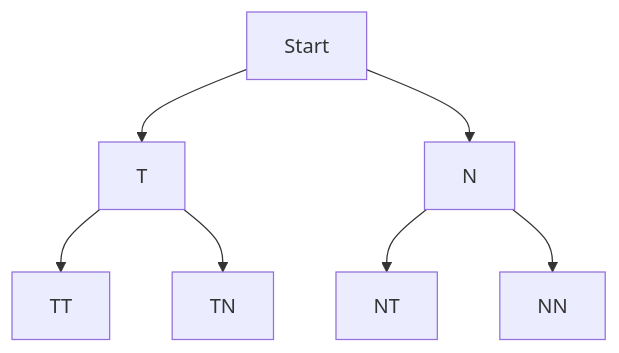
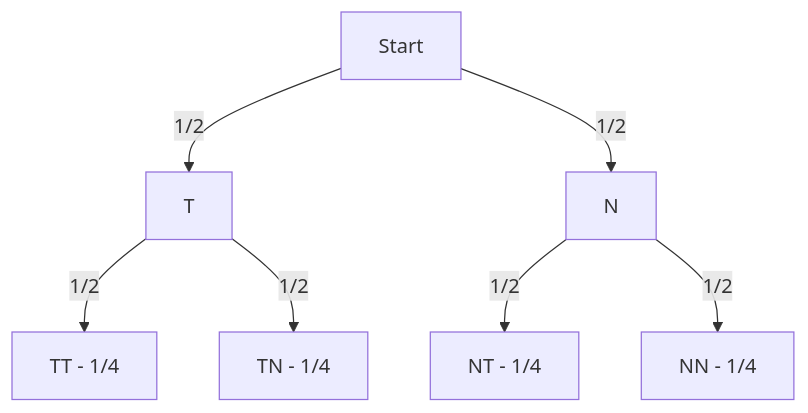
The first of 5 diagrams in 0350-wskt2.qmd (sebastiansauer/start-bayes), drawn with Mermaid before and after one commit. The commit also changed other lines of this file and 9 other files, not shown here.

````diff
--- a/0350-wskt2.qmd
+++ b/0350-wskt2.qmd
@@ -889,15 +842,15 @@
 ```{mermaid}
 %%| label: fig-zweimuenzen
 %%| out-width: 50%
 %%| fig-cap: "Wir werfen zwei faire Münzen: Zweifach wiederholtes Zufallsexperiment"
 flowchart TD
-    A[Start] --> B1[T]
-    A --> B2[N]
+    A[Start] --1/2--> B1[T]
+    A --1/2-->  B2[N]
 
     %% Zweiter Wurf
-    B1 --> C1[TT]
-    B1 --> C2[TN]
-    B2 --> C3[NT]
-    B2 --> C4[NN]
+    B1 --1/2-->  C1[TT - 1/4]
+    B1 --1/2-->  C2[TN - 1/4]
+    B2 --1/2-->  C3[NT - 1/4]
+    B2 --1/2-->  C4[NN - 1/4]
 
 ```
````
